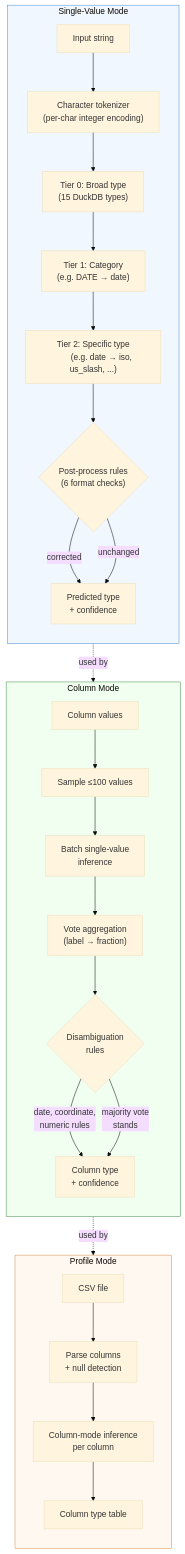
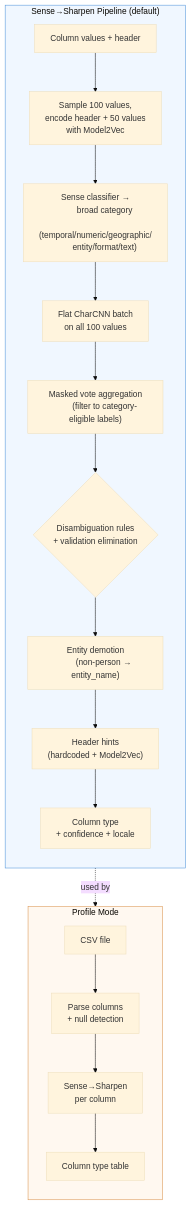
Before and after one commit to meridian-online/finetype: the diagram in README.md, drawn with Mermaid (base theme). The commit also changed other lines of this file and 2 other files, not shown here.

````diff
--- a/README.md
+++ b/README.md
@@ -220,51 +210,39 @@
 ```mermaid
 flowchart TB
-    subgraph single ["Single-Value Mode"]
+    subgraph sense ["Sense→Sharpen Pipeline (default)"]
         direction TB
-        A["Input string"] --> B["Character tokenizer
-        (per-char integer encoding)"]
-        B --> C["Tier 0: Broad type
-        (15 DuckDB types)"]
-        C --> C1["Tier 1: Category
-        (e.g. DATE → date)"]
-        C1 --> C2["Tier 2: Specific type
-        (e.g. date → iso, us_slash, ...)"]
-        C2 --> D{"Post-process rules
-        (6 format checks)"}
-        D -->|corrected| E["Predicted type
-        + confidence"]
-        D -->|unchanged| E
-    end
-
-    subgraph column ["Column Mode"]
-        direction TB
-        F["Column values"] --> G["Sample ≤100 values"]
-        G --> H["Batch single-value
-        inference"]
-        H --> I["Vote aggregation
-        (label → fraction)"]
-        I --> J{"Disambiguation
-        rules"}
-        J -->|"date, coordinate,
-        numeric rules"| K["Column type
-        + confidence"]
-        J -->|"majority vote
-        stands"| K
+        A["Column values + header"] --> B["Sample 100 values,
+        encode header + 50 values
+        with Model2Vec"]
+        B --> C["Sense classifier →
+        broad category
+        (temporal/numeric/geographic/
+        entity/format/text)"]
+        C --> D["Flat CharCNN batch
+        on all 100 values"]
+        D --> E["Masked vote aggregation
+        (filter to category-eligible labels)"]
+        E --> F{"Disambiguation rules
+        + validation elimination"}
+        F --> G["Entity demotion
+        (non-person → entity_name)"]
+        G --> H["Header hints
+        (hardcoded + Model2Vec)"]
+        H --> I["Column type
+        + confidence + locale"]
     end
 
     subgraph profile ["Profile Mode"]
         direction TB
         L["CSV file"] --> M["Parse columns
         + null detection"]
-        M --> N["Column-mode inference
+        M --> N["Sense→Sharpen
         per column"]
         N --> O["Column type table"]
     end
 
-    single -.->|"used by"| column
-    column -.->|"used by"| profile
+    sense -.->|"used by"| profile
 
-    style single fill:#f0f7ff,stroke:#4a90d9
-    style column fill:#f0fff0,stroke:#4a9050
+    style sense fill:#f0f7ff,stroke:#4a90d9
     style profile fill:#fff8f0,stroke:#d9904a
 ```
````
